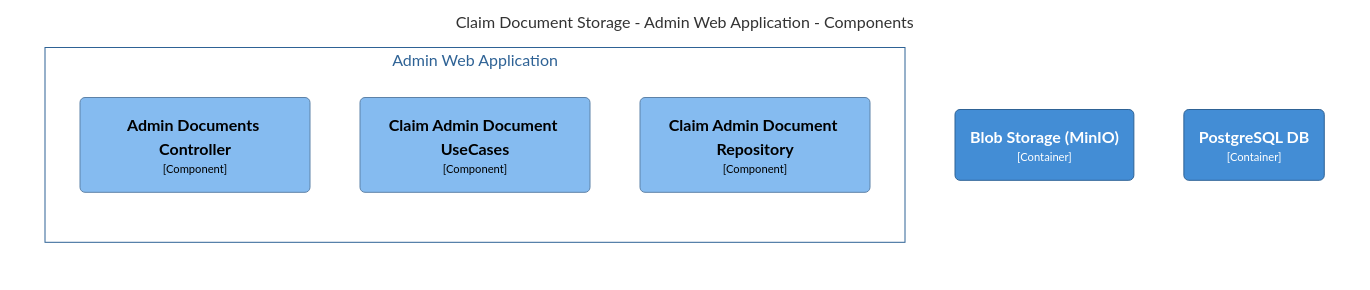
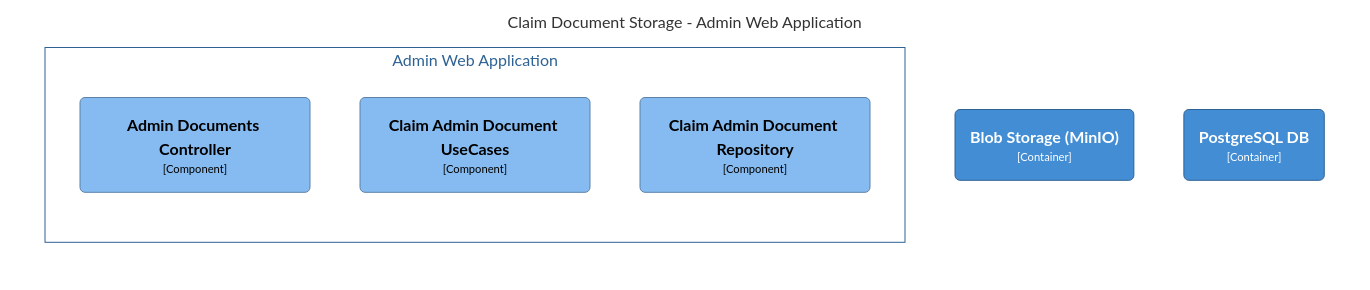
The fourth of 9 diagrams in workspace.md (hubignite/testrepo), drawn with Mermaid (neutral theme) before and after one commit. The commit also changed other lines of this file and 1 other file, not shown here.

````diff
--- a/workspace.md
+++ b/workspace.md
@@ -95,25 +95,25 @@
 ```mermaid
 graph LR
   linkStyle default fill:#ffffff stroke:0
 
-  subgraph diagram ["Claim Document Storage - Admin Web Application - Components"]
+  subgraph diagram ["Claim Document Storage - Admin Web Application"]
     style diagram fill:#ffffff,stroke:#ffffff
 
     12("<div style='font-weight: bold'>Blob Storage (MinIO)</div><div style='font-size: 70%; margin-top: 0px'>[Container]</div>")
     style 12 fill:#438dd5,stroke:#2e6295,color:#ffffff
     14("<div style='font-weight: bold'>PostgreSQL DB</div><div style='font-size: 70%; margin-top: 0px'>[Container]</div>")
     style 14 fill:#438dd5,stroke:#2e6295,color:#ffffff
 
     subgraph 8 ["Admin Web Application"]
       style 8 fill:#ffffff,stroke:#2e6295,color:#2e6295
 
       10("<div style='font-weight: bold'>Claim Admin Document UseCases</div><div style='font-size: 70%; margin-top: 0px'>[Component]</div>")
       style 10 fill:#85bbf0,stroke:#5d82a8,color:#000000
       11("<div style='font-weight: bold'>Claim Admin Document Repository</div><div style='font-size: 70%; margin-top: 0px'>[Component]</div>")
       style 11 fill:#85bbf0,stroke:#5d82a8,color:#000000
       9("<div style='font-weight: bold'>Admin Documents Controller</div><div style='font-size: 70%; margin-top: 0px'>[Component]</div>")
       style 9 fill:#85bbf0,stroke:#5d82a8,color:#000000
     end
 
   end
 ```
````
